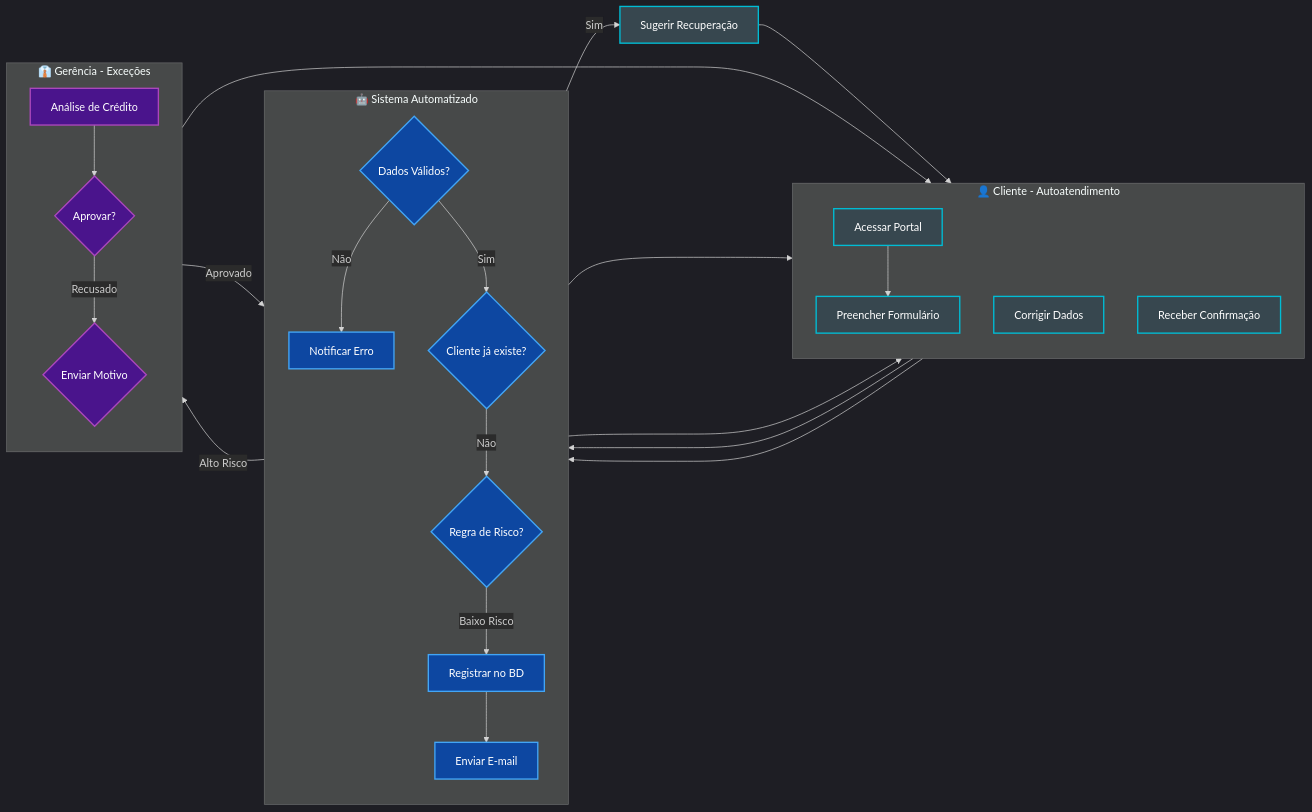
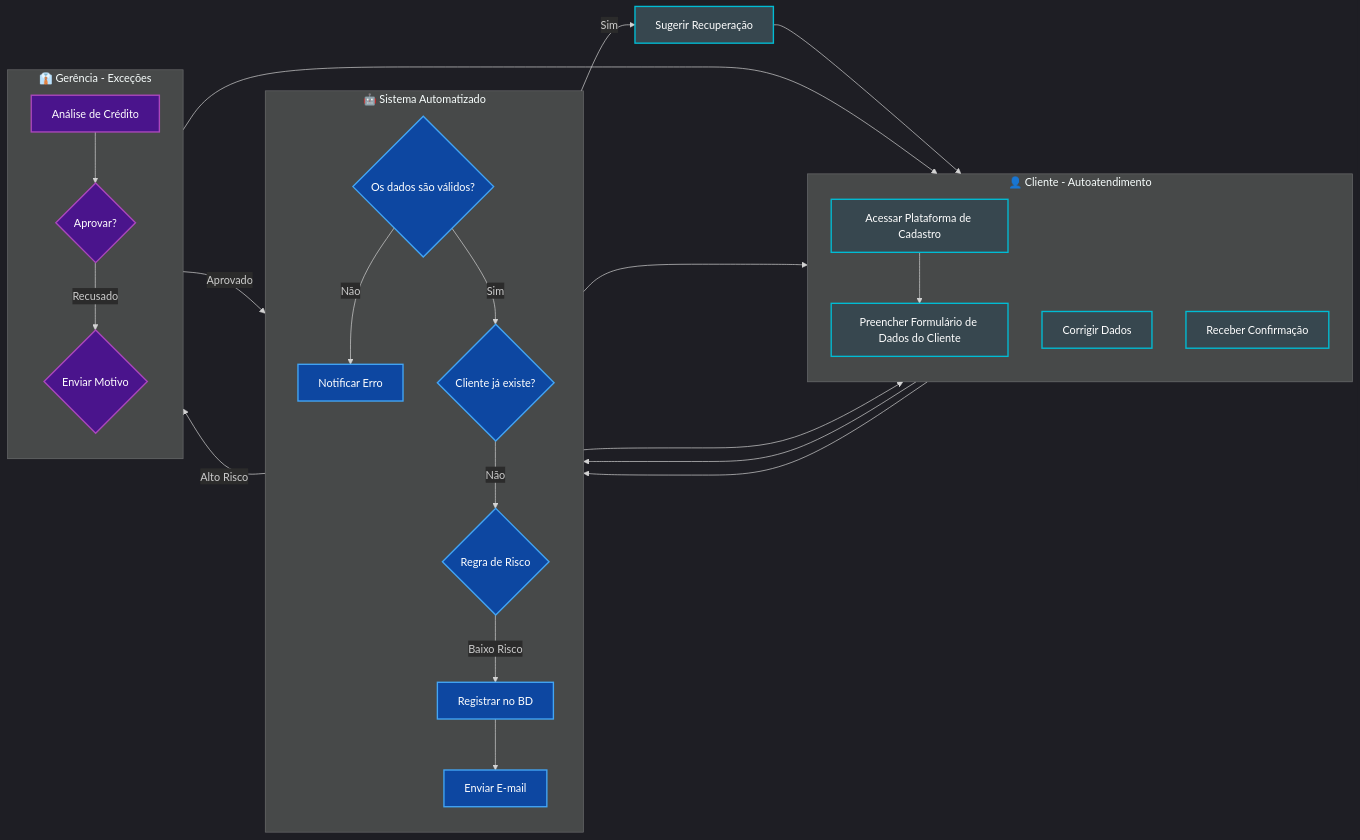
Before and after one commit to PhelHilha/EEL873---Engenharia-de-Software: the diagram in BPMN/Cadastro - Livraria Resolve.mmd, drawn with Mermaid.

Commit message:
Update client and system labels in BPMN diagram

```diff
--- a/BPMN/Cadastro - Livraria Resolve.mmd
+++ b/BPMN/Cadastro - Livraria Resolve.mmd
@@ -1,71 +1,70 @@
 %%{init: {'theme': 'dark', 'themeVariables': { 'primaryColor': '#2b2b2b', 'edgeLabelBackground':'#2b2b2b', 'tertiaryColor': '#1f1f1f'}}}%%
 graph LR
     %% Definição das Raias (Swimlanes) com títulos claros
     subgraph Cliente_Lane [👤 Cliente - Autoatendimento]
         direction TB
-        A[Acessar Portal]
-        B[Preencher Formulário]
+        A[Acessar Plataforma de Cadastro]
+        B[Preencher Formulário de Dados do Cliente]
         C[Corrigir Dados]
         D[Receber Confirmação]
     end
 
     subgraph Sistema_Lane [🤖 Sistema Automatizado]
         direction TB
-        E{Dados Válidos?}
+        E{Os dados são válidos?}
         F{Cliente já existe?}
-        G{Regra de Risco?}
+        G{Regra de Risco}
         H[Registrar no BD]
         I[Enviar E-mail]
         J[Notificar Erro]
     end
 
     subgraph Gerencia_Lane [👔 Gerência - Exceções]
         direction TB
         K[Análise de Crédito]
         L{Aprovar?}
         M{Enviar Motivo}
     end
 
     %% Conexões
     A --> B
     B --> E
     
     %% Validações
     E -- Não --> J
     J --> C
     C --> E
     
     E -- Sim --> F
     F -- Sim --> J2[Sugerir Recuperação]
     J2 --> A
     
     F -- Não --> G
     
     %% Decisão Automática
     G -- Baixo Risco --> H
     G -- Alto Risco --> K
     
     %% Decisão Humana
     K --> L
     L -- Recusado --> M
     M --> C
     L -- Aprovado --> H
     
     %% Finalização
     H --> I
     I --> D
     
-    %% ESTILIZAÇÃO DARK MODE (Alto Contraste)
     %% Cliente: Cinza Escuro com borda Ciano
     classDef actor fill:#37474f,stroke:#00bcd4,stroke-width:2px,color:#fff;
     
     %% Sistema: Azul Noturno com borda Azul Claro
     classDef system fill:#0d47a1,stroke:#42a5f5,stroke-width:2px,color:#fff;
     
     %% Gerência: Roxo Escuro com borda Lilás
     classDef manager fill:#4a148c,stroke:#ab47bc,stroke-width:2px,color:#fff;
     
     %% Aplicação das classes
     class A,B,C,D,J2 actor;
     class E,F,G,H,I,J system;
     class K,L,M manager;
```
